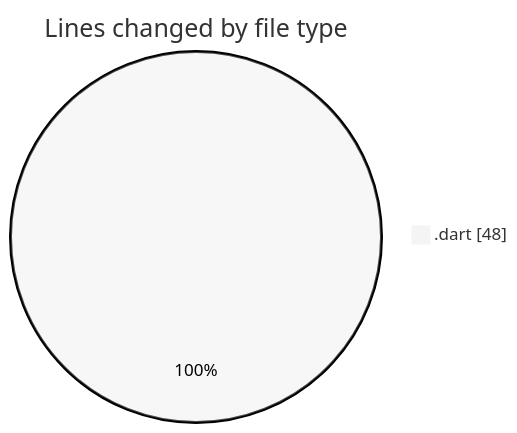
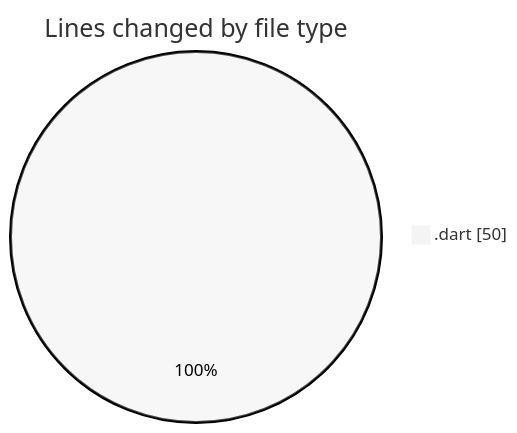
One commit to donsfak/code-tracking changed the first of 2 diagrams in 2025-01-13/trackers_app/README.md. Above: the diagram before and after it, drawn with Mermaid (neutral theme). The commit also changed other lines of this file and 1 other file, not shown here.

````diff
--- a/2025-01-13/trackers_app/README.md
+++ b/2025-01-13/trackers_app/README.md
@@ -21,5 +21,5 @@
 ```mermaid
 pie showData
 title Lines changed by file type
-".dart" : 48
+".dart" : 50
 ```
````
